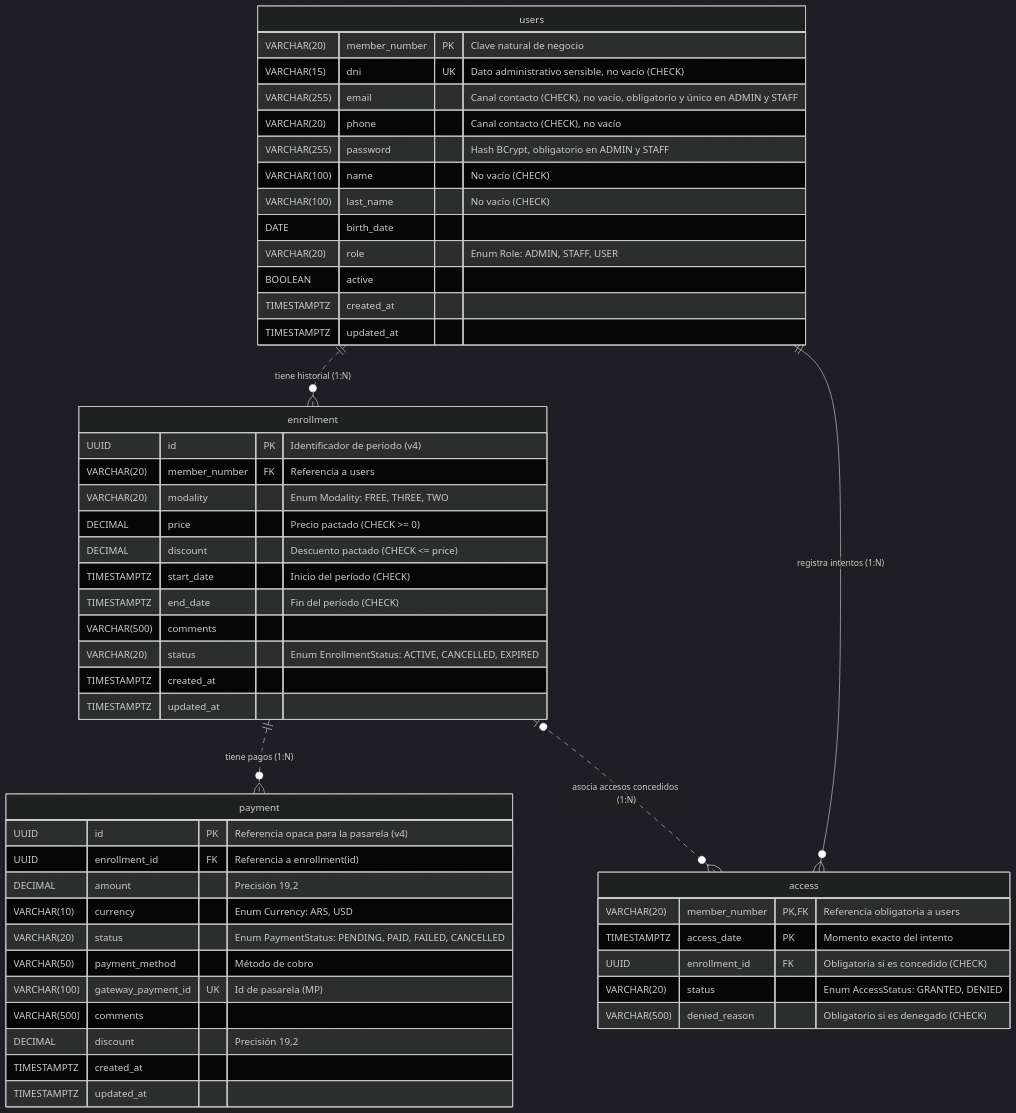
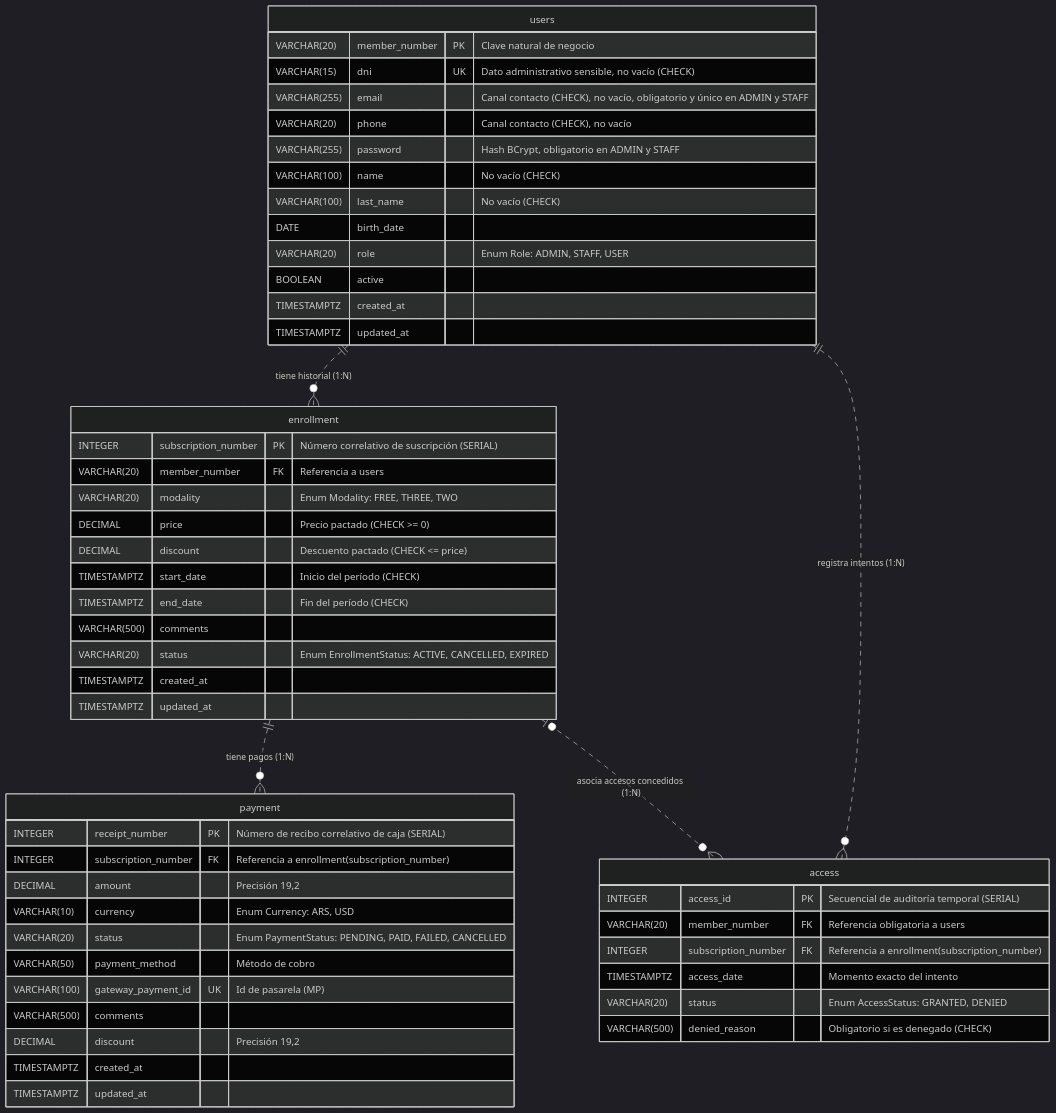
Before and after one commit to santiagovOK/TFI_grupo144: the diagram in docs/entidades.md, drawn with Mermaid (dark theme). The commit also changed other lines of this file and 2 other files, not shown here.

Commit message:
refactor(schema): replace UUIDs with domain and sequential identifiers

````diff
--- a/docs/entidades.md
+++ b/docs/entidades.md
@@ -7,54 +7,55 @@
 ```mermaid
 erDiagram
     users {
         VARCHAR(20) member_number PK "Clave natural de negocio"
         VARCHAR(15) dni UK "Dato administrativo sensible, no vacío (CHECK)"
         VARCHAR(255) email "Canal contacto (CHECK), no vacío, obligatorio y único en ADMIN y STAFF"
         VARCHAR(20) phone "Canal contacto (CHECK), no vacío"
         VARCHAR(255) password "Hash BCrypt, obligatorio en ADMIN y STAFF"
         VARCHAR(100) name "No vacío (CHECK)"
         VARCHAR(100) last_name "No vacío (CHECK)"
         DATE birth_date
         VARCHAR(20) role "Enum Role: ADMIN, STAFF, USER"
         BOOLEAN active
         TIMESTAMPTZ created_at
         TIMESTAMPTZ updated_at
     }
     enrollment {
-        UUID id PK "Identificador de período (v4)"
+        INTEGER subscription_number PK "Número correlativo de suscripción (SERIAL)"
         VARCHAR(20) member_number FK "Referencia a users"
         VARCHAR(20) modality "Enum Modality: FREE, THREE, TWO"
         DECIMAL price "Precio pactado (CHECK >= 0)"
         DECIMAL discount "Descuento pactado (CHECK <= price)"
         TIMESTAMPTZ start_date "Inicio del período (CHECK)"
         TIMESTAMPTZ end_date "Fin del período (CHECK)"
         VARCHAR(500) comments
         VARCHAR(20) status "Enum EnrollmentStatus: ACTIVE, CANCELLED, EXPIRED"
         TIMESTAMPTZ created_at
         TIMESTAMPTZ updated_at
     }
     payment {
-        UUID id PK "Referencia opaca para la pasarela (v4)"
-        UUID enrollment_id FK "Referencia a enrollment(id)"
+        INTEGER receipt_number PK "Número de recibo correlativo de caja (SERIAL)"
+        INTEGER subscription_number FK "Referencia a enrollment(subscription_number)"
         DECIMAL amount "Precisión 19,2"
         VARCHAR(10) currency "Enum Currency: ARS, USD"
         VARCHAR(20) status "Enum PaymentStatus: PENDING, PAID, FAILED, CANCELLED"
         VARCHAR(50) payment_method "Método de cobro"
         VARCHAR(100) gateway_payment_id UK "Id de pasarela (MP)"
         VARCHAR(500) comments
         DECIMAL discount "Precisión 19,2"
         TIMESTAMPTZ created_at
         TIMESTAMPTZ updated_at
     }
     access {
-        VARCHAR(20) member_number PK,FK "Referencia obligatoria a users"
-        TIMESTAMPTZ access_date PK "Momento exacto del intento"
-        UUID enrollment_id FK "Obligatoria si es concedido (CHECK)"
+        INTEGER access_id PK "Secuencial de auditoría temporal (SERIAL)"
+        VARCHAR(20) member_number FK "Referencia obligatoria a users"
+        INTEGER subscription_number FK "Referencia a enrollment(subscription_number)"
+        TIMESTAMPTZ access_date "Momento exacto del intento"
         VARCHAR(20) status "Enum AccessStatus: GRANTED, DENIED"
         VARCHAR(500) denied_reason "Obligatorio si es denegado (CHECK)"
     }
     users ||..o{ enrollment : "tiene historial (1:N)"
-    users ||--o{ access : "registra intentos (1:N)"
+    users ||..o{ access : "registra intentos (1:N)"
     enrollment ||..o{ payment : "tiene pagos (1:N)"
     enrollment |o..o{ access : "asocia accesos concedidos (1:N)"
 ```
````
